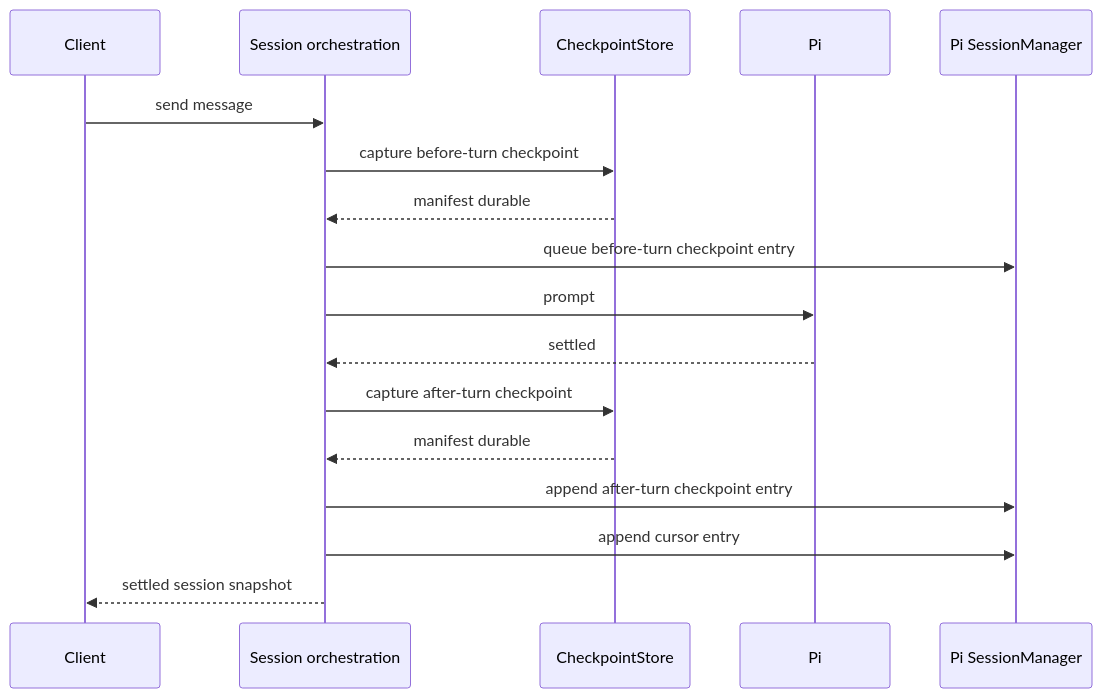
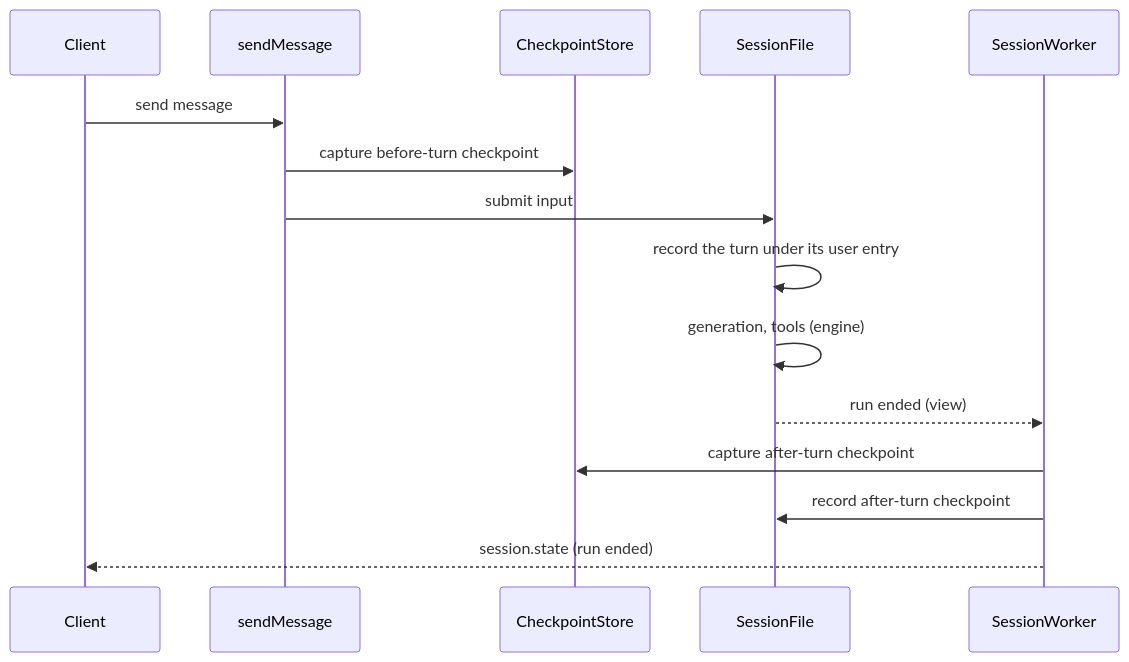
The third of 6 diagrams in docs/internal/checkpoint-system.md (mattiacerutti/supernova), drawn with Mermaid before and after one commit. The commit also changed other lines of this file and 413 other files, not shown here.

````diff
--- a/docs/internal/checkpoint-system.md
+++ b/docs/internal/checkpoint-system.md
@@ -125,20 +131,18 @@
 ```mermaid
 sequenceDiagram
   participant Client
-  participant Send as Session orchestration
+  participant Send as sendMessage
   participant Store as CheckpointStore
-  participant Pi
-  participant Session as Pi SessionManager
+  participant File as SessionFile
+  participant Worker as SessionWorker
 
   Client->>Send: send message
   Send->>Store: capture before-turn checkpoint
-  Store-->>Send: manifest durable
-  Send->>Session: queue before-turn checkpoint entry
-  Send->>Pi: prompt
-  Pi-->>Send: settled
-  Send->>Store: capture after-turn checkpoint
-  Store-->>Send: manifest durable
-  Send->>Session: append after-turn checkpoint entry
-  Send->>Session: append cursor entry
-  Send-->>Client: settled session snapshot
+  Send->>File: submit input
+  File->>File: record the turn under its user entry
+  File->>File: generation, tools (engine)
+  File-->>Worker: run ended (view)
+  Worker->>Store: capture after-turn checkpoint
+  Worker->>File: record after-turn checkpoint
+  Worker-->>Client: session.state (run ended)
 ```
````
